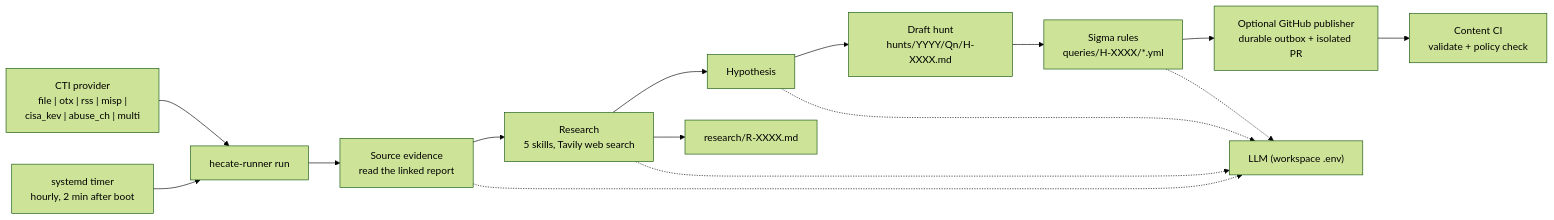
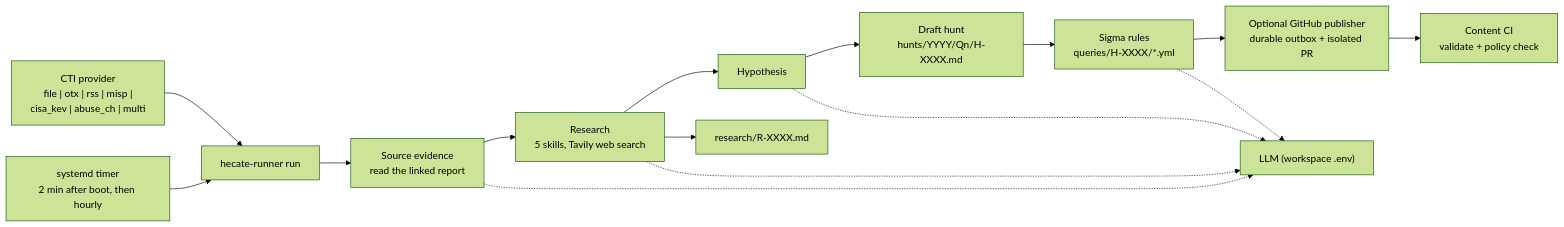
The diagram in README.md (BrizoSec/Hecate-Runner), drawn with Mermaid (forest theme) before and after one commit. The commit also changed 2 other files, not shown here.

Commit message:
22 Oct 26 - U5

````diff
--- a/README.md
+++ b/README.md
@@ -29,17 +29,17 @@
 ```mermaid
 flowchart LR
     CTI["CTI provider<br/>file | otx | rss | misp |<br/>cisa_kev | abuse_ch | multi"] --> RUN
-    TIMER["systemd timer<br/>hourly, 2 min after boot"] --> RUN["hecate-runner run"]
+    TIMER["systemd timer<br/>2 min after boot, then hourly"] --> RUN["hecate-runner run"]
     RUN --> SRC["Source evidence<br/>read the linked report"]
     SRC --> RES["Research<br/>5 skills, Tavily web search"]
     RES --> HYP["Hypothesis"]
     HYP --> DRAFT["Draft hunt<br/>hunts/YYYY/Qn/H-XXXX.md"]
     DRAFT --> SIG["Sigma rules<br/>queries/H-XXXX/*.yml"]
     RES --> RDOC["research/R-XXXX.md"]
     SIG --> PUB["Optional GitHub publisher<br/>durable outbox + isolated PR"]
     PUB --> CI["Content CI<br/>validate + policy check"]
     SRC -.-> LLM["LLM (workspace .env)"]
     RES -.-> LLM
     HYP -.-> LLM
     SIG -.-> LLM
 ```
````
